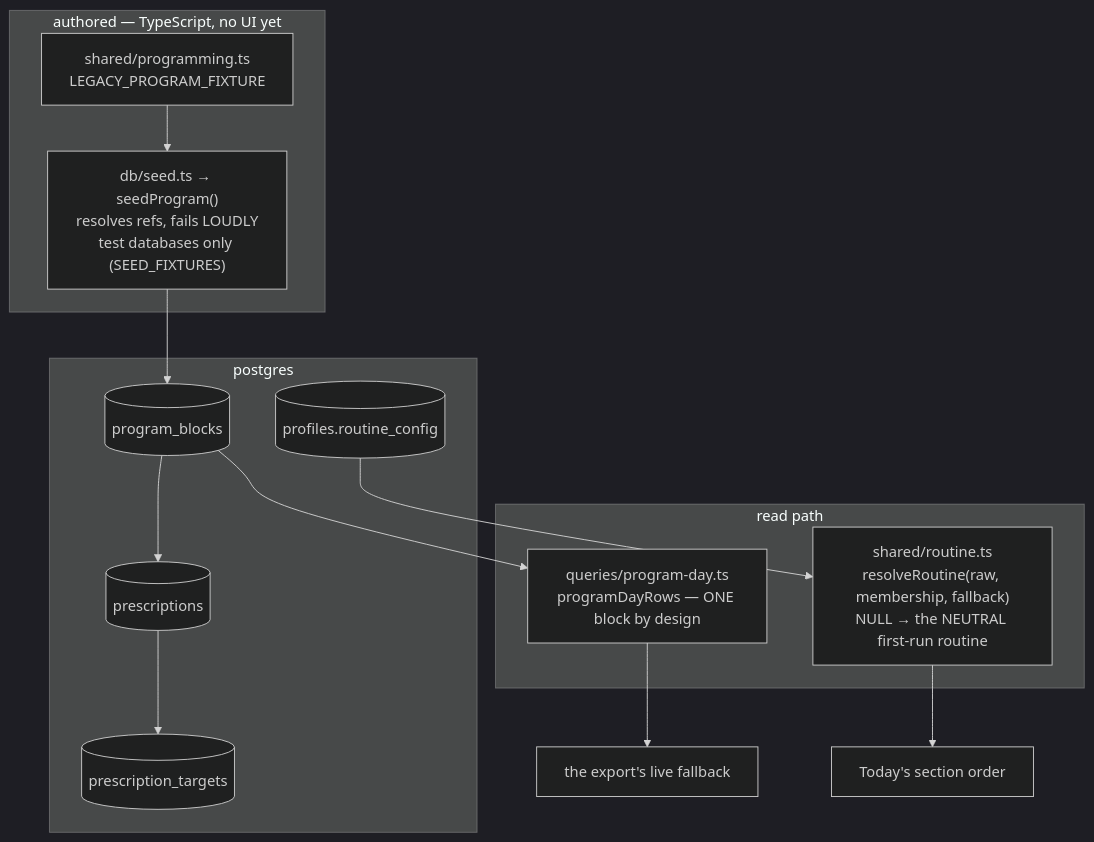
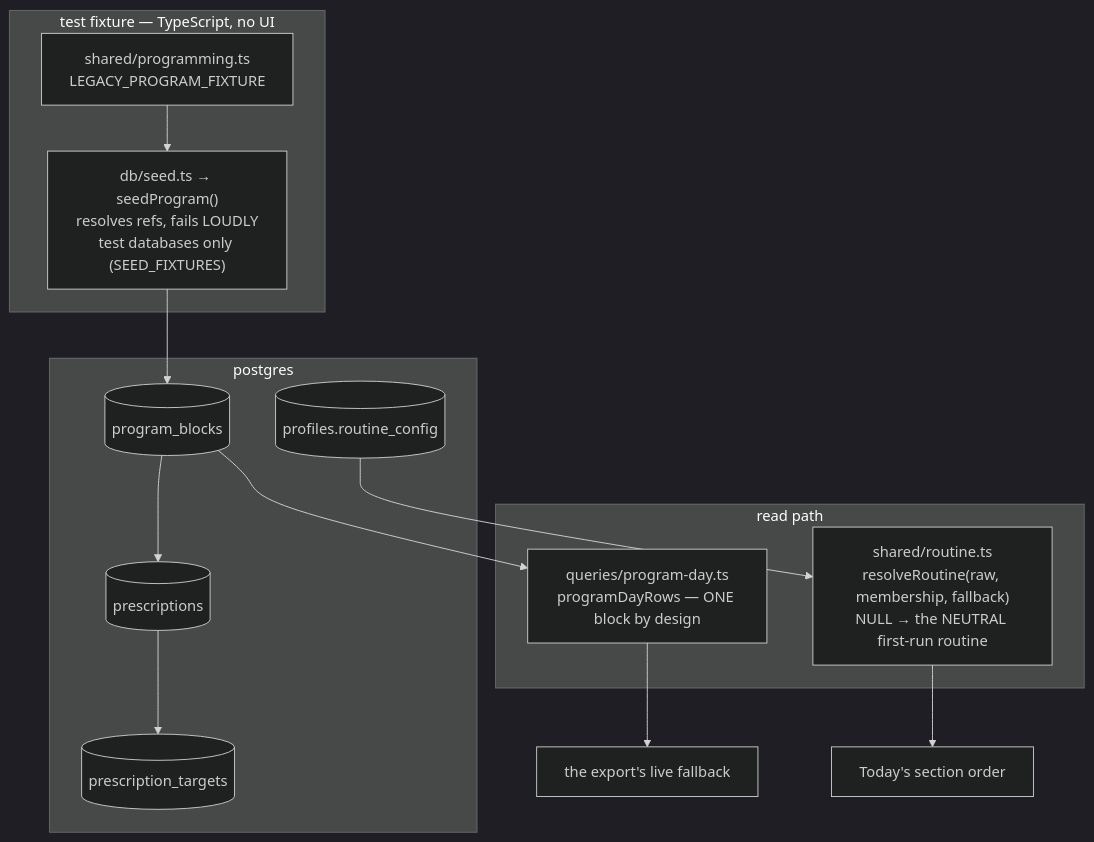
One commit to ralamode/mat-plan changed the diagram in docs/features/programming.md. Above: the diagram before and after it, drawn with Mermaid (dark theme). The commit also changed other lines of this file and 7 other files, not shown here.

````diff
--- a/docs/features/programming.md
+++ b/docs/features/programming.md
@@ -35,21 +35,21 @@
 ```mermaid
 flowchart TD
-  subgraph authored["authored — TypeScript, no UI yet"]
+  subgraph authored["test fixture — TypeScript, no UI"]
     SEED["shared/programming.ts<br/>LEGACY_PROGRAM_FIXTURE"]
     SEEDFN["db/seed.ts → seedProgram()<br/>resolves refs, fails LOUDLY<br/>test databases only (SEED_FIXTURES)"]
   end
 
   subgraph tables["postgres"]
     BLOCK[(program_blocks)] --> PRESC[(prescriptions)] --> TARGET[(prescription_targets)]
     PROFILE[(profiles.routine_config)]
   end
 
   subgraph read["read path"]
     QUERY["queries/program-day.ts<br/>programDayRows — ONE block by design"]
     ROUTINE["shared/routine.ts<br/>resolveRoutine(raw, membership, fallback)<br/>NULL → the NEUTRAL first-run routine"]
   end
 
   SEED --> SEEDFN --> BLOCK
   BLOCK --> QUERY --> USES["the export's live fallback"]
   PROFILE --> ROUTINE --> TODAY["Today's section order"]
 ```
````
